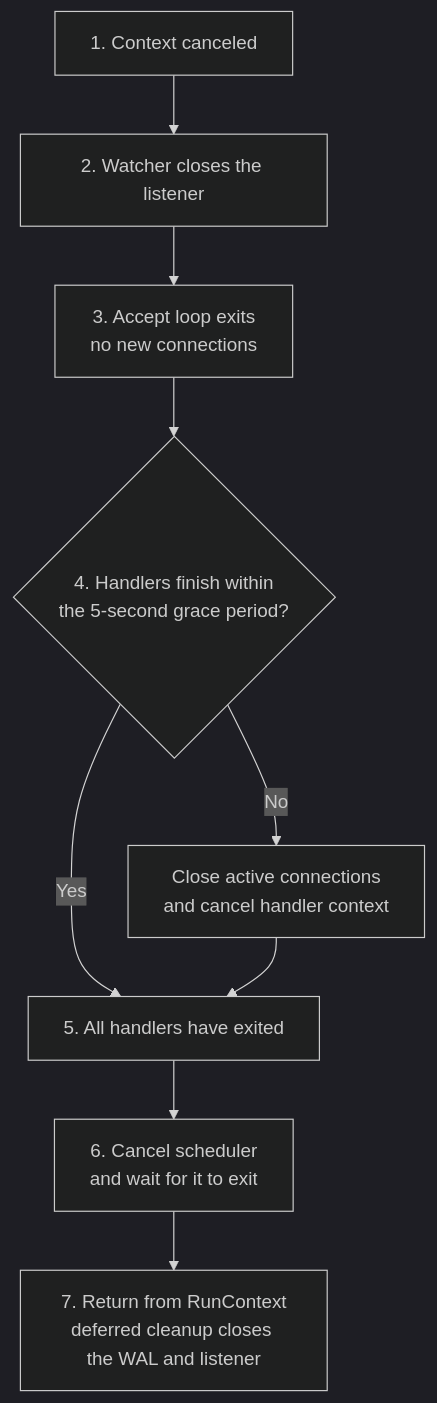
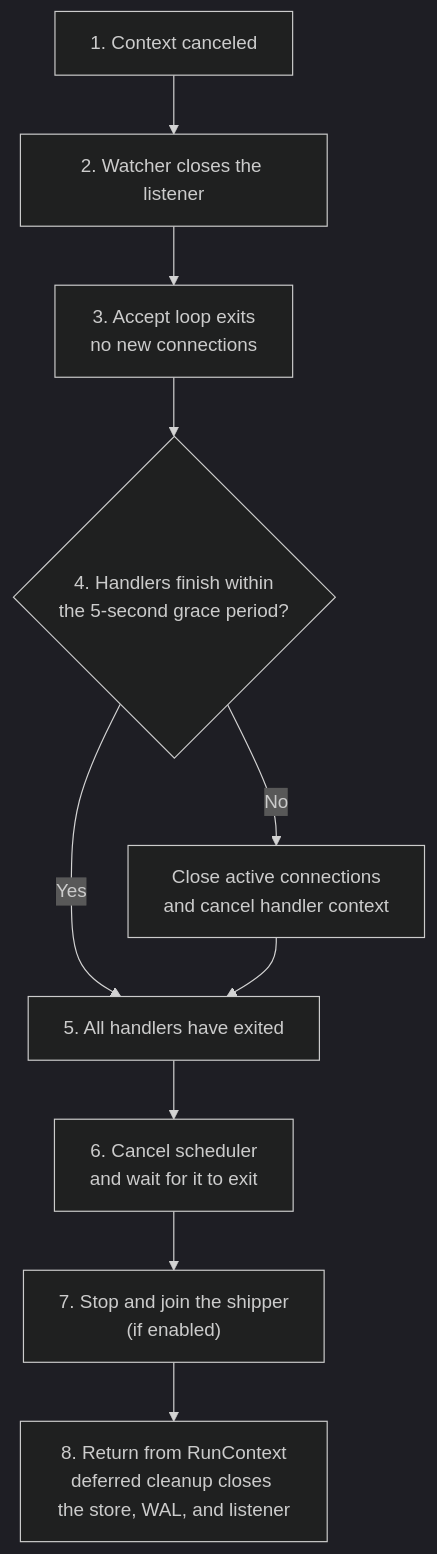
One commit to PratyushVishal11011/Fairgate changed diagram 12 of 14 in README.md. Above: the diagram before and after it, drawn with Mermaid (dark theme). The commit also changed other lines of this file and 4 other files, not shown here.

````diff
--- a/README.md
+++ b/README.md
@@ -494,11 +511,12 @@
 ```mermaid
 flowchart TD
     A["1. Context canceled"] --> B["2. Watcher closes the listener"]
     B --> C["3. Accept loop exits<br/>no new connections"]
     C --> D{"4. Handlers finish within<br/>the 5-second grace period?"}
     D -->|"Yes"| F["5. All handlers have exited"]
     D -->|"No"| E["Close active connections<br/>and cancel handler context"]
     E --> F
     F --> G["6. Cancel scheduler<br/>and wait for it to exit"]
-    G --> H["7. Return from RunContext<br/>deferred cleanup closes the WAL and listener"]
+    G --> G2["7. Stop and join the shipper<br/>(if enabled)"]
+    G2 --> H["8. Return from RunContext<br/>deferred cleanup closes the store, WAL, and listener"]
 ```
````
